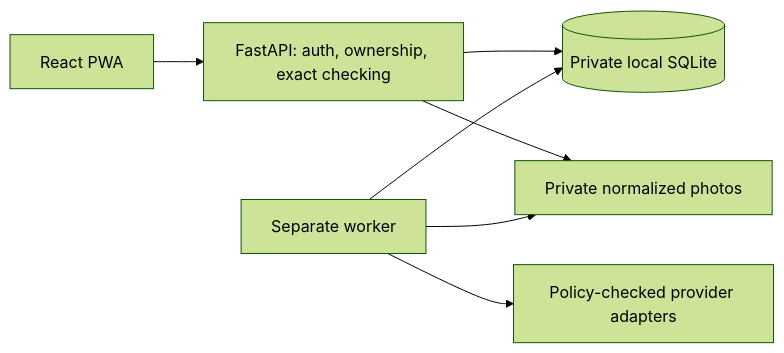
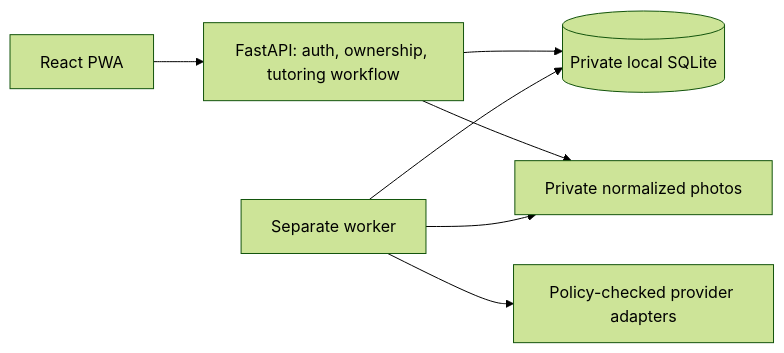
Before and after one commit to tylermowll/shepard-academy-universe: the diagram in README.md, drawn with Mermaid (forest theme). The commit also changed other lines of this file and 64 other files, not shown here.

````diff
--- a/README.md
+++ b/README.md
@@ -92,9 +95,9 @@
 ```mermaid
 flowchart LR
-  Browser[React PWA] --> API[FastAPI: auth, ownership, exact checking]
+  Browser[React PWA] --> API[FastAPI: auth, ownership, tutoring workflow]
   API --> DB[(Private local SQLite)]
   Worker[Separate worker] --> DB
   Worker --> Routes[Policy-checked provider adapters]
   API --> Photos[Private normalized photos]
   Worker --> Photos
 ```
````
